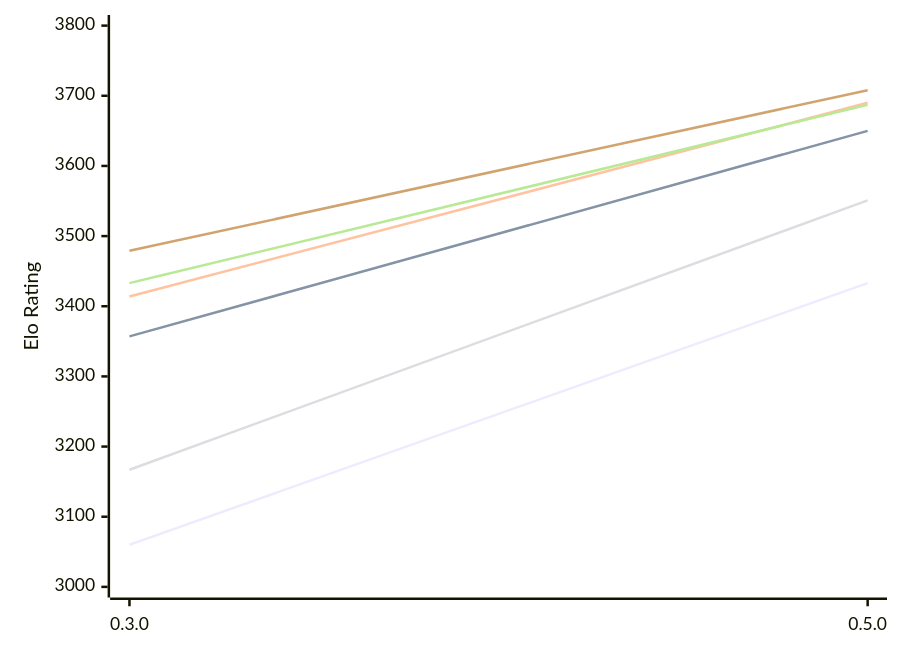
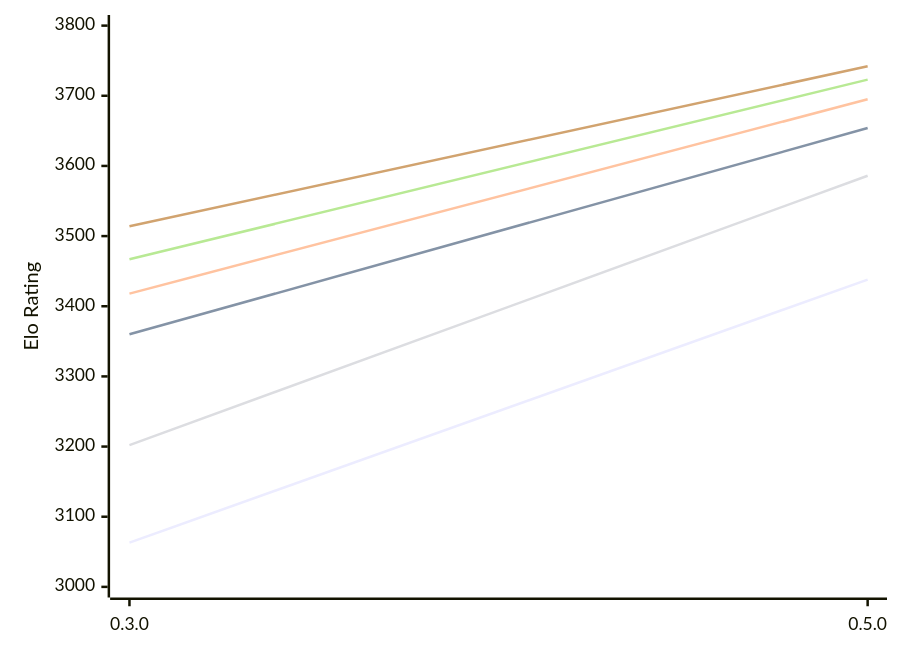
Before and after one commit to computer-chess-index/cci: the first of 2 diagrams in engines/Justbot.md, drawn with Mermaid. The commit also changed other lines of this file, not shown here.

Commit message:
Update CCI Ratings (ELO VLTC) - 2026-11-01

````diff
--- a/engines/Justbot.md
+++ b/engines/Justbot.md
@@ -53,12 +53,12 @@
 ```mermaid
 %%{init: {"theme":"base","themeVariables":{"seriesColors:['#a3a3a3','#222221','#faa371']}}}%%
 xychart-beta
   x-axis ["0.3.0", "0.5.0"]
   y-axis "Elo Rating" 3000 --> 3800
-  line "E1: STC (8.0+0.08s)" [3060, 3433]
-  line "E1: LTC (60.0+0.60s)" [3357, 3650]
-  line "E1: VLTC (2m24s+1.12s)" [3414, 3690]
-  line "P1: STC (8.0+0.08s)" [3167, 3551]
-  line "P1: LTC (60.0+0.60s)" [3433, 3687]
-  line "P1: VLTC (2m24s+1.12s)" [3479, 3708]
+  line "E1: STC (8.0+0.08s)" [3063, 3438]
+  line "E1: LTC (60.0+0.60s)" [3360, 3654]
+  line "E1: VLTC (2m24s+1.12s)" [3418, 3695]
+  line "P1: STC (8.0+0.08s)" [3202, 3586]
+  line "P1: LTC (60.0+0.60s)" [3467, 3723]
+  line "P1: VLTC (2m24s+1.12s)" [3514, 3742]
 ```
````
